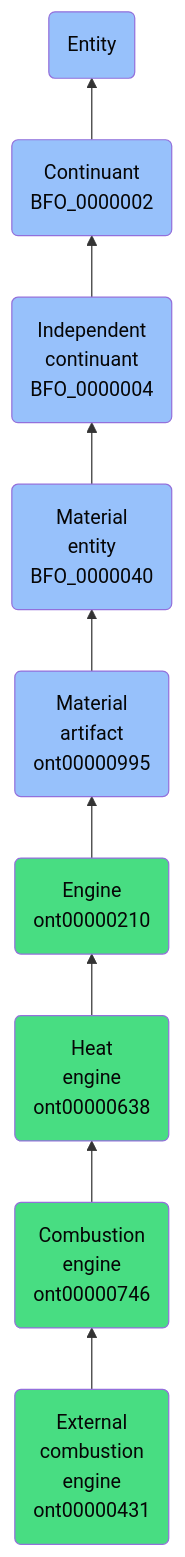
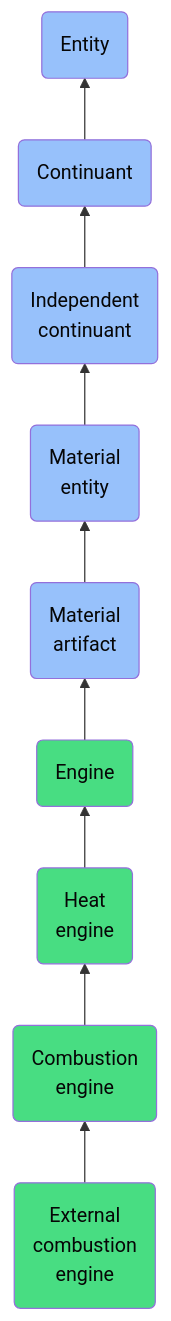
Before and after one commit to jupyter-naas/abi: the diagram in docs/ontology/reference/model/Entity/Continuant/Independent continuant/Material entity/Material artifact/Engine/Heat engine/Combustion engine/External combustion engine/External combustion engine.md, drawn with Mermaid. The commit also changed other lines of this file and 1430 other files, not shown here.

````diff
--- a/docs/ontology/reference/model/Entity/Continuant/Independent continuant/Material entity/Material artifact/Engine/Heat engine/Combustion engine/External combustion engine/External combustion engine.md
+++ b/docs/ontology/reference/model/Entity/Continuant/Independent continuant/Material entity/Material artifact/Engine/Heat engine/Combustion engine/External combustion engine/External combustion engine.md
@@ -24,16 +24,16 @@
 ```mermaid
 graph BT
-    ont00000431(External<br>combustion<br>engine<br>ont00000431):::ABI-->ont00000746
-    ont00000746(Combustion<br>engine<br>ont00000746):::ABI-->ont00000638
-    ont00000638(Heat<br>engine<br>ont00000638):::ABI-->ont00000210
-    ont00000210(Engine<br>ont00000210):::ABI-->ont00000995
-    ont00000995(Material<br>artifact<br>ont00000995):::BFO-->BFO_0000040
-    BFO_0000040(Material<br>entity<br>BFO_0000040):::BFO-->BFO_0000004
-    BFO_0000004(Independent<br>continuant<br>BFO_0000004):::BFO-->BFO_0000002
-    BFO_0000002(Continuant<br>BFO_0000002):::BFO-->BFO_0000001
+    ont00000431(External<br>combustion<br>engine):::ABI-->ont00000746
+    ont00000746(Combustion<br>engine):::ABI-->ont00000638
+    ont00000638(Heat<br>engine):::ABI-->ont00000210
+    ont00000210(Engine):::ABI-->ont00000995
+    ont00000995(Material<br>artifact):::BFO-->BFO_0000040
+    BFO_0000040(Material<br>entity):::BFO-->BFO_0000004
+    BFO_0000004(Independent<br>continuant):::BFO-->BFO_0000002
+    BFO_0000002(Continuant):::BFO-->BFO_0000001
     BFO_0000001(Entity):::BFO
     
     classDef BFO fill:#97c1fb,color:#060606
     classDef CCO fill:#e4c51e,color:#060606
     classDef ABI fill:#48DD82,color:#060606
 ```
````
